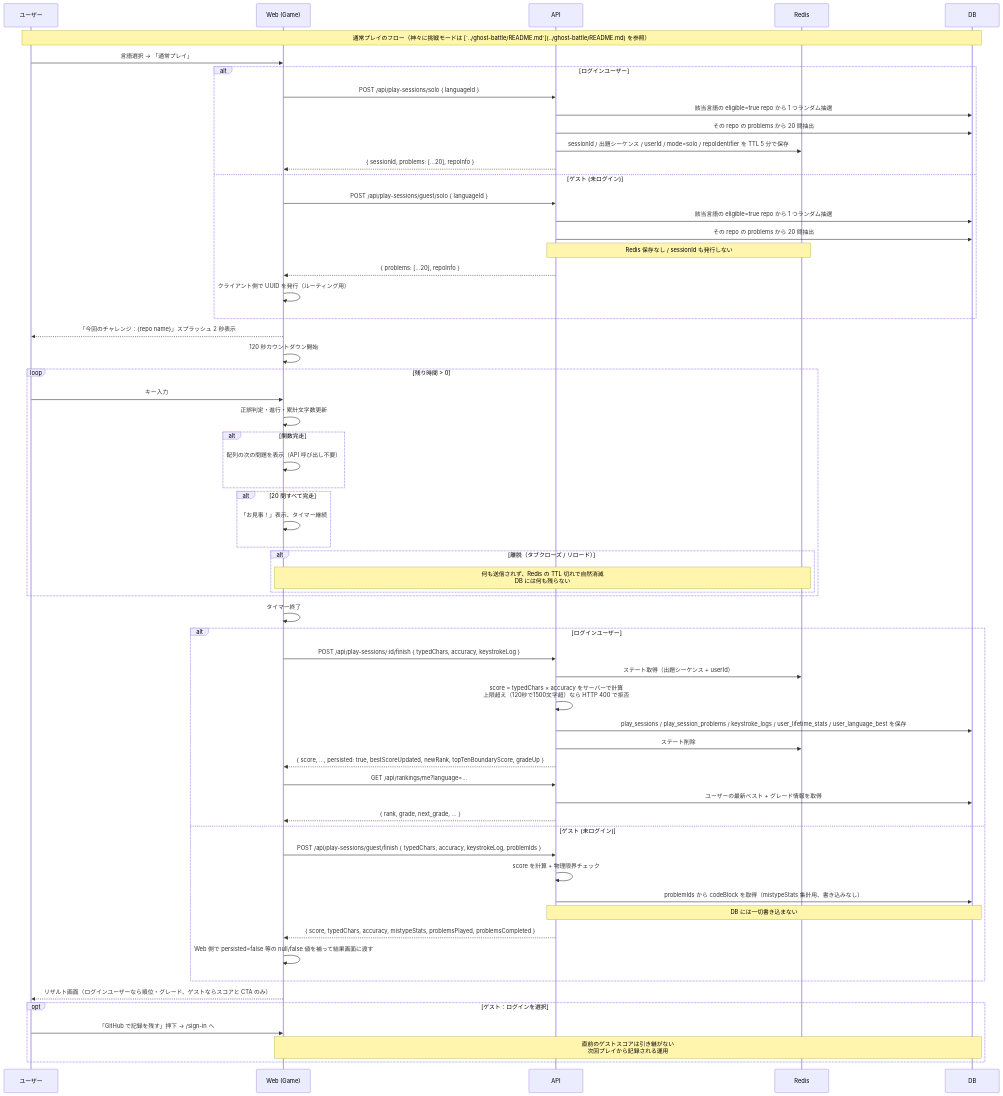
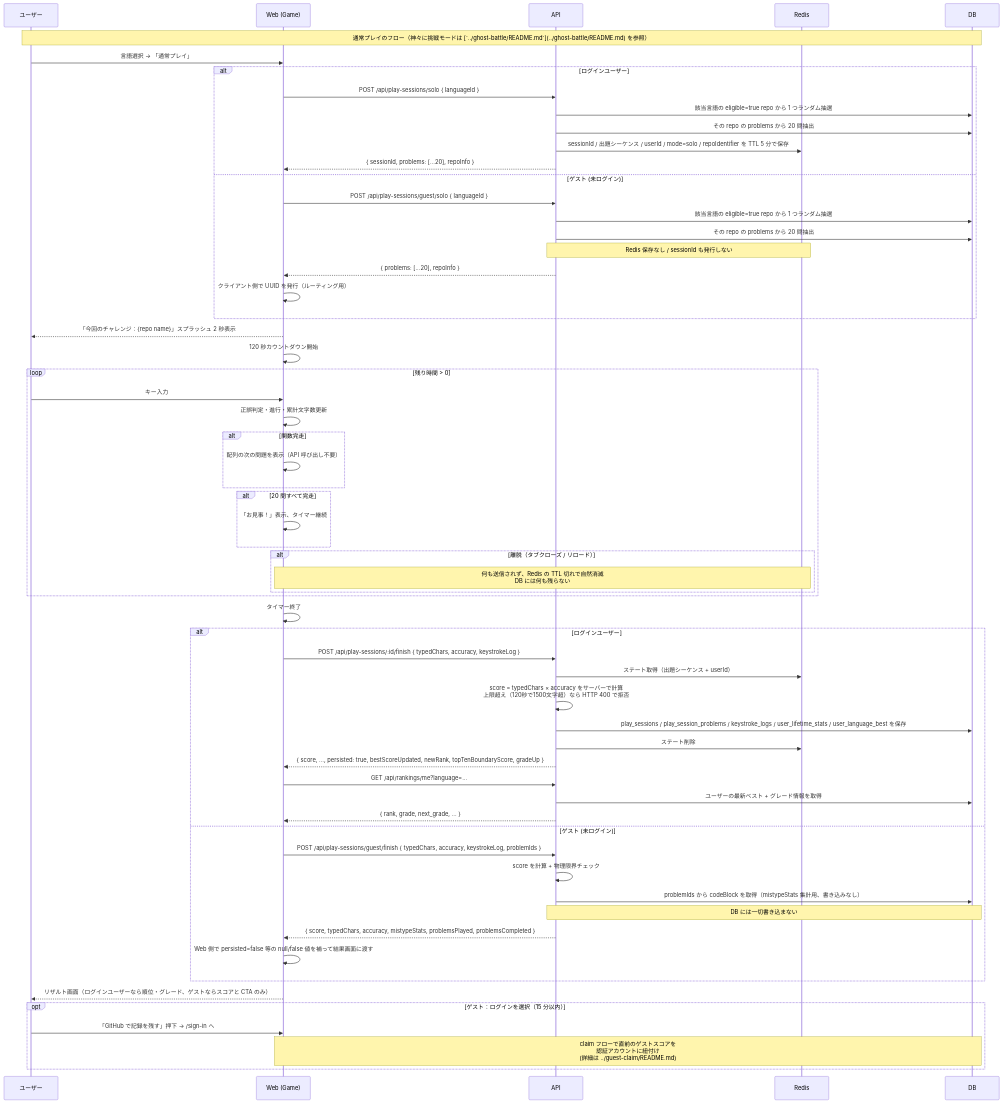
The diagram in docs/spec/typing-engine/README.md (kentakki416/typing-royale), drawn with Mermaid before and after one commit. The commit also changed other lines of this file and 6 other files, not shown here.

First line of the commit message:
docs(spec): guest-claim 機能を設計書化

````diff
--- a/docs/spec/typing-engine/README.md
+++ b/docs/spec/typing-engine/README.md
@@ -296,71 +297,71 @@
 ```mermaid
 sequenceDiagram
     participant U as ユーザー
     participant W as Web (Game)
     participant API as API
     participant Redis as Redis
     participant DB as DB
 
     Note over U,DB: 通常プレイのフロー（神々に挑戦モードは [`../ghost-battle/README.md`](../ghost-battle/README.md) を参照）
 
     U->>W: 言語選択 → 「通常プレイ」
     alt ログインユーザー
         W->>API: POST /api/play-sessions/solo { languageId }
         API->>DB: 該当言語の eligible=true repo から 1 つランダム抽選
         API->>DB: その repo の problems から 20 問抽出
         API->>Redis: sessionId / 出題シーケンス / userId / mode=solo / repoIdentifier を TTL 5 分で保存
         API-->>W: { sessionId, problems: [...20], repoInfo }
     else ゲスト (未ログイン)
         W->>API: POST /api/play-sessions/guest/solo { languageId }
         API->>DB: 該当言語の eligible=true repo から 1 つランダム抽選
         API->>DB: その repo の problems から 20 問抽出
         Note over API,Redis: Redis 保存なし / sessionId も発行しない
         API-->>W: { problems: [...20], repoInfo }
         W->>W: クライアント側で UUID を発行（ルーティング用）
     end
     W-->>U: 「今回のチャレンジ：{repo name}」スプラッシュ 2 秒表示
     W->>W: 120 秒カウントダウン開始
 
     loop 残り時間 > 0
         U->>W: キー入力
         W->>W: 正誤判定・進行・累計文字数更新
 
         alt 関数完走
             W->>W: 配列の次の問題を表示（API 呼び出し不要）
         end
 
         alt 20 問すべて完走
             W->>W: 「お見事！」表示、タイマー継続
         end
 
         alt 離脱（タブクローズ / リロード）
             Note over W,Redis: 何も送信されず、Redis の TTL 切れで自然消滅<br/>DB には何も残らない
         end
     end
 
     W->>W: タイマー終了
     alt ログインユーザー
         W->>API: POST /api/play-sessions/:id/finish { typedChars, accuracy, keystrokeLog }
         API->>Redis: ステート取得（出題シーケンス + userId）
         API->>API: score = typedChars × accuracy をサーバーで計算<br/>上限超え（120秒で1500文字超）なら HTTP 400 で拒否
         API->>DB: play_sessions / play_session_problems / keystroke_logs / user_lifetime_stats / user_language_best を保存
         API->>Redis: ステート削除
         API-->>W: { score, ..., persisted: true, bestScoreUpdated, newRank, topTenBoundaryScore, gradeUp }
         W->>API: GET /api/rankings/me?language=...
         API->>DB: ユーザーの最新ベスト + グレード情報を取得
         API-->>W: { rank, grade, next_grade, ... }
     else ゲスト (未ログイン)
         W->>API: POST /api/play-sessions/guest/finish { typedChars, accuracy, keystrokeLog, problemIds }
         API->>API: score を計算 + 物理限界チェック
         API->>DB: problemIds から codeBlock を取得（mistypeStats 集計用、書き込みなし）
         Note over API,DB: DB には一切書き込まない
         API-->>W: { score, typedChars, accuracy, mistypeStats, problemsPlayed, problemsCompleted }
         W->>W: Web 側で persisted=false 等の null/false 値を補って結果画面に渡す
     end
     W-->>U: リザルト画面（ログインユーザーなら順位・グレード、ゲストならスコアと CTA のみ）
 
-    opt ゲスト：ログインを選択
+    opt ゲスト：ログインを選択（15 分以内）
         U->>W: 「GitHub で記録を残す」押下 → /sign-in へ
-        Note over W,DB: 直前のゲストスコアは引き継がない<br/>次回プレイから記録される運用
+        Note over W,DB: claim フローで直前のゲストスコアを<br/>認証アカウントに紐付け<br/>(詳細は ../guest-claim/README.md)
     end
 ```
````
